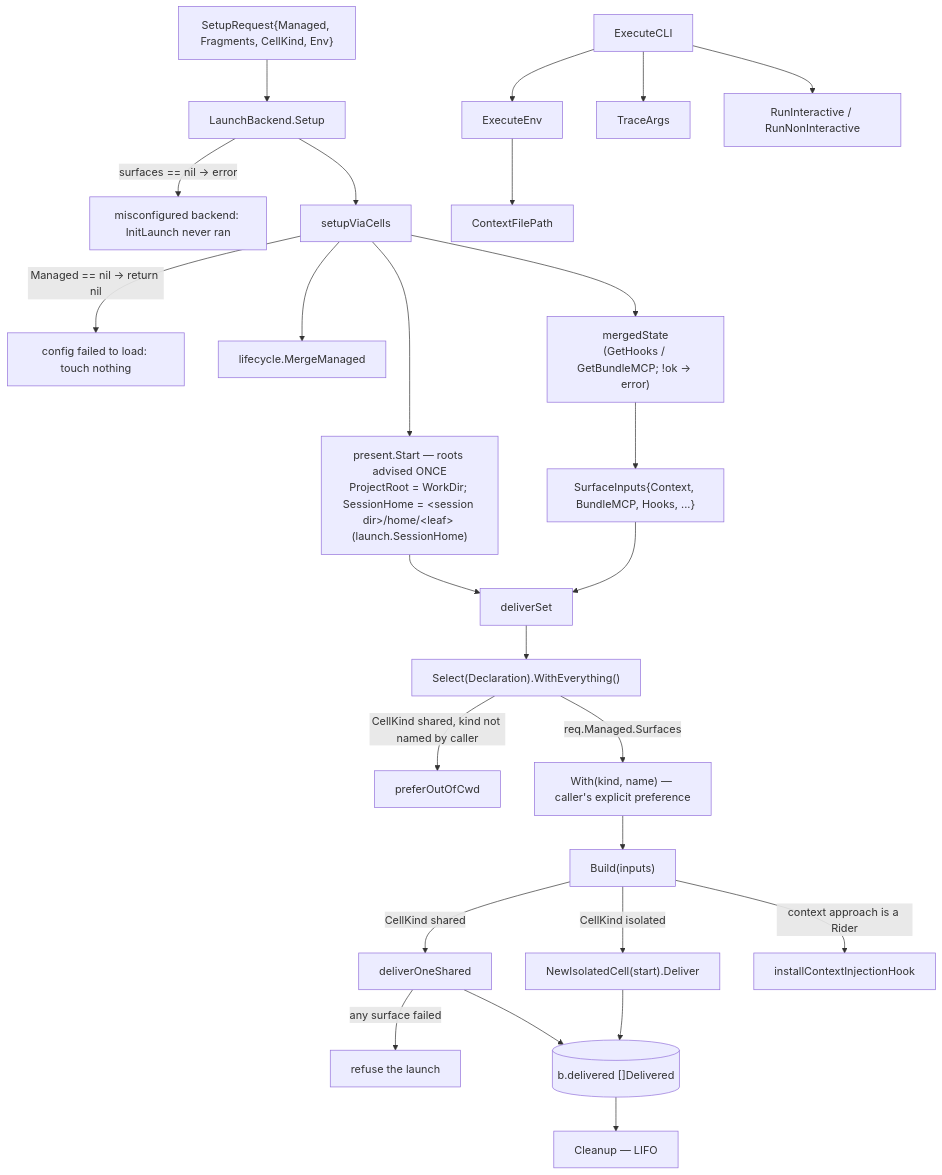
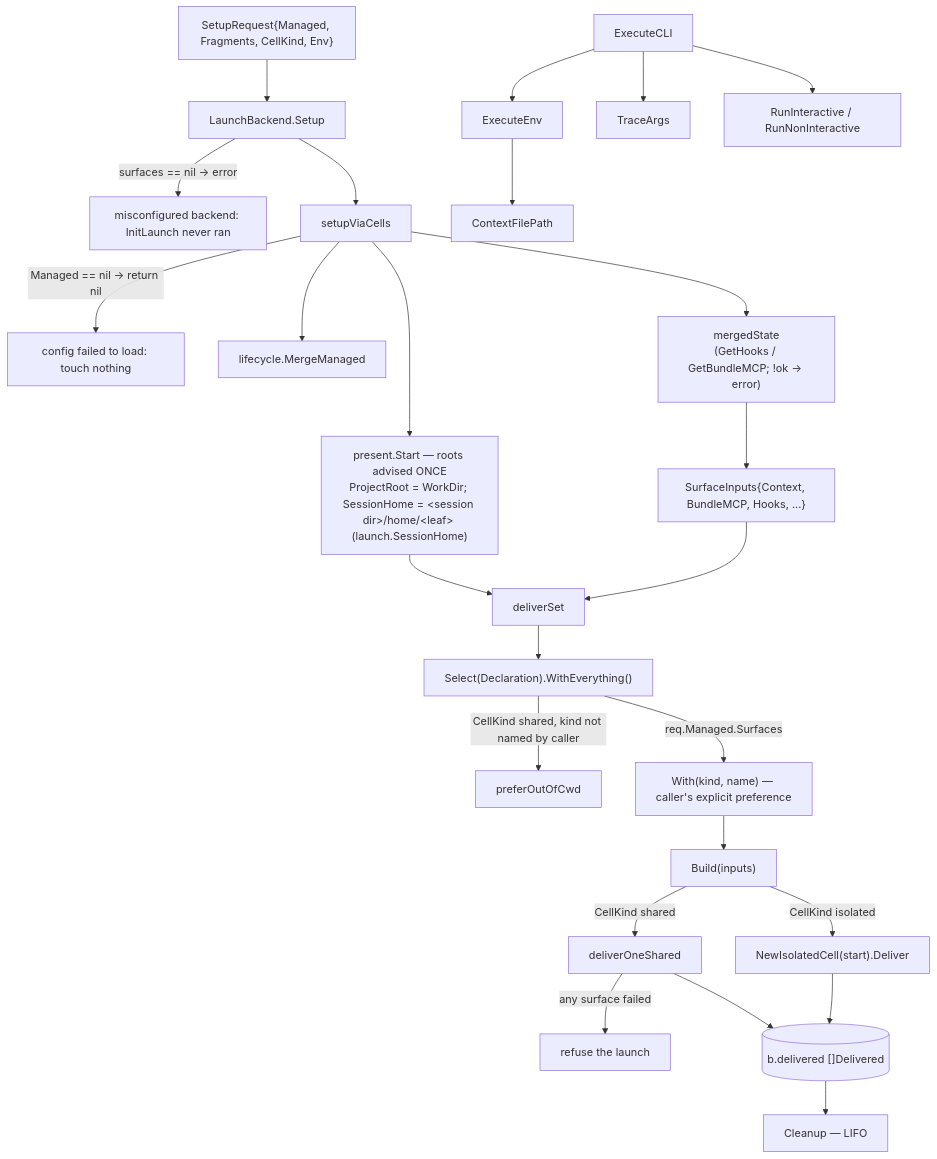
The diagram in docs/architecture/shared/agent-launch-lifecycle.md (ctxloom/ctxloom), drawn with Mermaid before and after one commit. The commit also changed other lines of this file and 26 other files, not shown here.

First line of the commit message:
refactor(agent): onectx — retire the hook context approach and the context hash nothing reads

````diff
--- a/docs/architecture/shared/agent-launch-lifecycle.md
+++ b/docs/architecture/shared/agent-launch-lifecycle.md
@@ -14,29 +14,28 @@
 ```mermaid
 flowchart TD
   SR["SetupRequest{Managed, Fragments, CellKind, Env}"] --> SETUP["LaunchBackend.Setup"]
   SETUP -->|"surfaces == nil → error"| MISCONF["misconfigured backend: InitLaunch never ran"]
   SETUP --> SVC["setupViaCells"]
   SVC -->|"Managed == nil → return nil"| DEGRADED["config failed to load: touch nothing"]
   SVC --> MM["lifecycle.MergeManaged"]
   SVC --> MS["mergedState<br/>(GetHooks / GetBundleMCP; !ok → error)"]
   MS --> INPUTS["SurfaceInputs{Context, BundleMCP, Hooks, ...}"]
   SVC --> START["present.Start — roots advised ONCE<br/>ProjectRoot = WorkDir; SessionHome = &lt;session dir&gt;/home/&lt;leaf&gt; (launch.SessionHome)"]
   INPUTS --> DS["deliverSet"]
   START --> DS
   DS --> SEL["Select(Declaration).WithEverything()"]
   SEL -->|"CellKind shared, kind not named by caller"| PREF["preferOutOfCwd"]
   SEL -->|"req.Managed.Surfaces"| WITH["With(kind, name) — caller's explicit preference"]
   WITH --> BUILD["Build(inputs)"]
   BUILD -->|"CellKind isolated"| CELL["NewIsolatedCell(start).Deliver"]
   BUILD -->|"CellKind shared"| SHARED["deliverOneShared"]
   SHARED -->|"any surface failed"| REFUSE["refuse the launch"]
-  BUILD -->|"context approach is a Rider"| HOOK["installContextInjectionHook"]
   CELL --> HANDLES[("b.delivered []Delivered")]
   SHARED --> HANDLES
   HANDLES --> CLEAN["Cleanup — LIFO"]
 
   EXEC["ExecuteCLI"] --> ENV["ExecuteEnv"]
   ENV --> CFP["ContextFilePath"]
   EXEC --> TRACE["TraceArgs"]
   EXEC --> RUN["RunInteractive / RunNonInteractive"]
 ```
````
